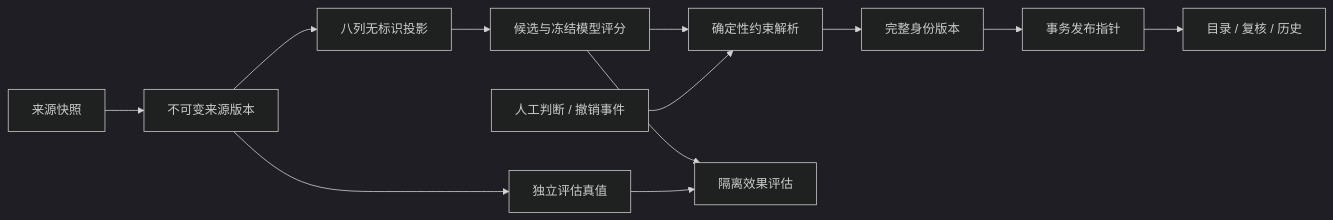
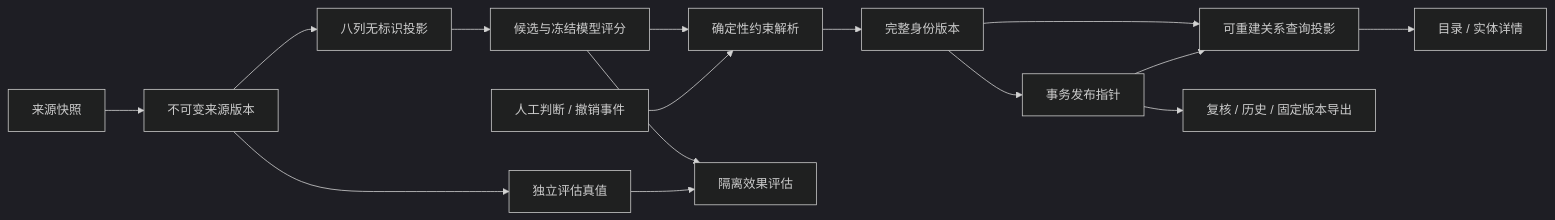
The diagram in README.md (godofxuan/EntityBridge), drawn with Mermaid (dark theme) before and after one commit. The commit also changed other lines of this file and 64 other files, not shown here.

````diff
--- a/README.md
+++ b/README.md
@@ -78,14 +92,17 @@
 ```mermaid
 flowchart LR
   S[来源快照] --> R[不可变来源版本]
   R --> V[八列无标识投影]
   V --> B[候选与冻结模型评分]
   B --> C[确定性约束解析]
   H[人工判断 / 撤销事件] --> C
   C --> P[完整身份版本]
   P --> T[事务发布指针]
-  T --> U[目录 / 复核 / 历史]
+  P --> Q[可重建关系查询投影]
+  T --> Q
+  Q --> U[目录 / 实体详情]
+  T --> HUI[复核 / 历史 / 固定版本导出]
   R --> G[独立评估真值]
   B --> E[隔离效果评估]
   G --> E
 ```
````
